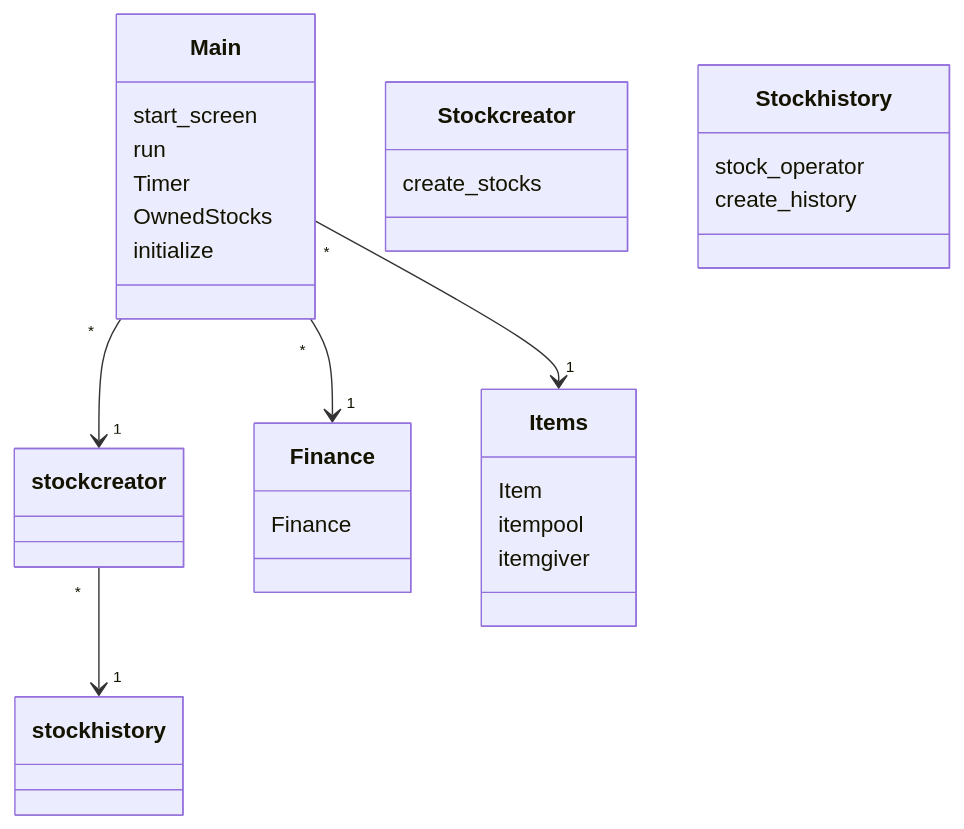
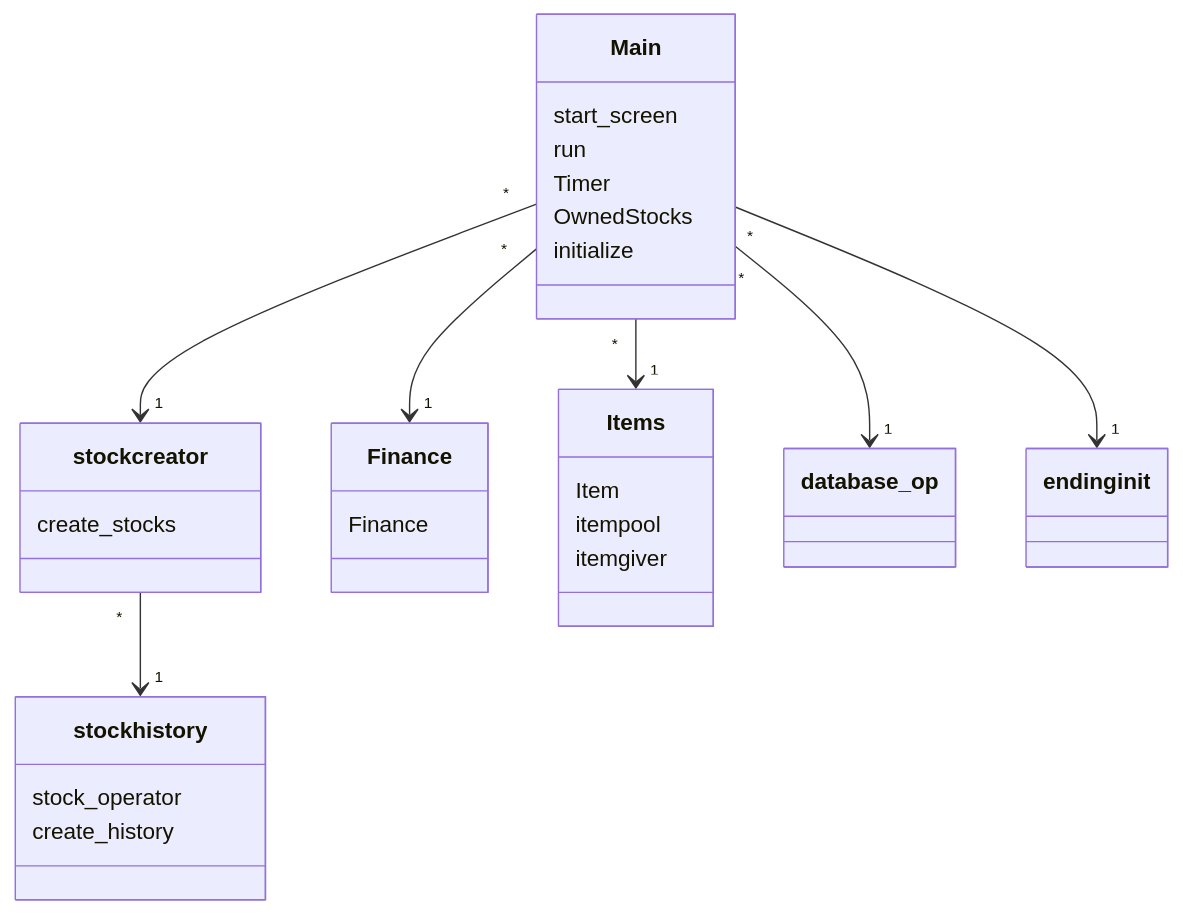
Before and after one commit to sepaww/ot-harjoitustyo: the first of 4 diagrams in dokumentaatio/arkkitehtuuri.md, drawn with Mermaid.

````diff
--- a/dokumentaatio/arkkitehtuuri.md
+++ b/dokumentaatio/arkkitehtuuri.md
@@ -26,35 +26,37 @@
  ```mermaid
  classDiagram
       Main "*" --> "1" stockcreator
        Main "*" --> "1" Finance
         Main "*" --> "1" Items
+         Main "*" --> "1" database_op
+         Main "*" --> "1" endinginit
       class Main{
           start_screen
           run
           Timer
           OwnedStocks
           initialize
       }
       class Items{
           Item
           itempool
           itemgiver
       }
       stockcreator "*" --> "1" stockhistory
-      class Stockcreator{
+      class stockcreator{
           create_stocks
           
       }
       
-      class Stockhistory{
+      class stockhistory{
           stock_operator
           create_history
           
       }
       
       class Finance{
           Finance
       }
       
       
 ```
````
